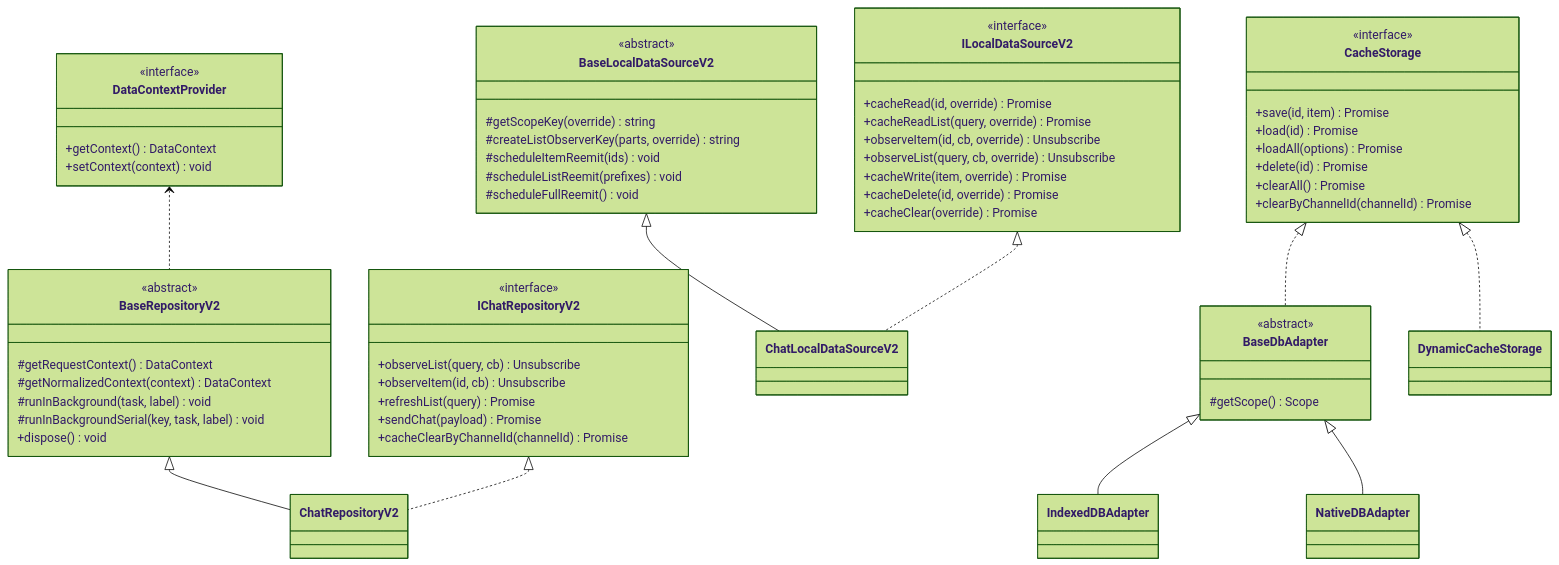
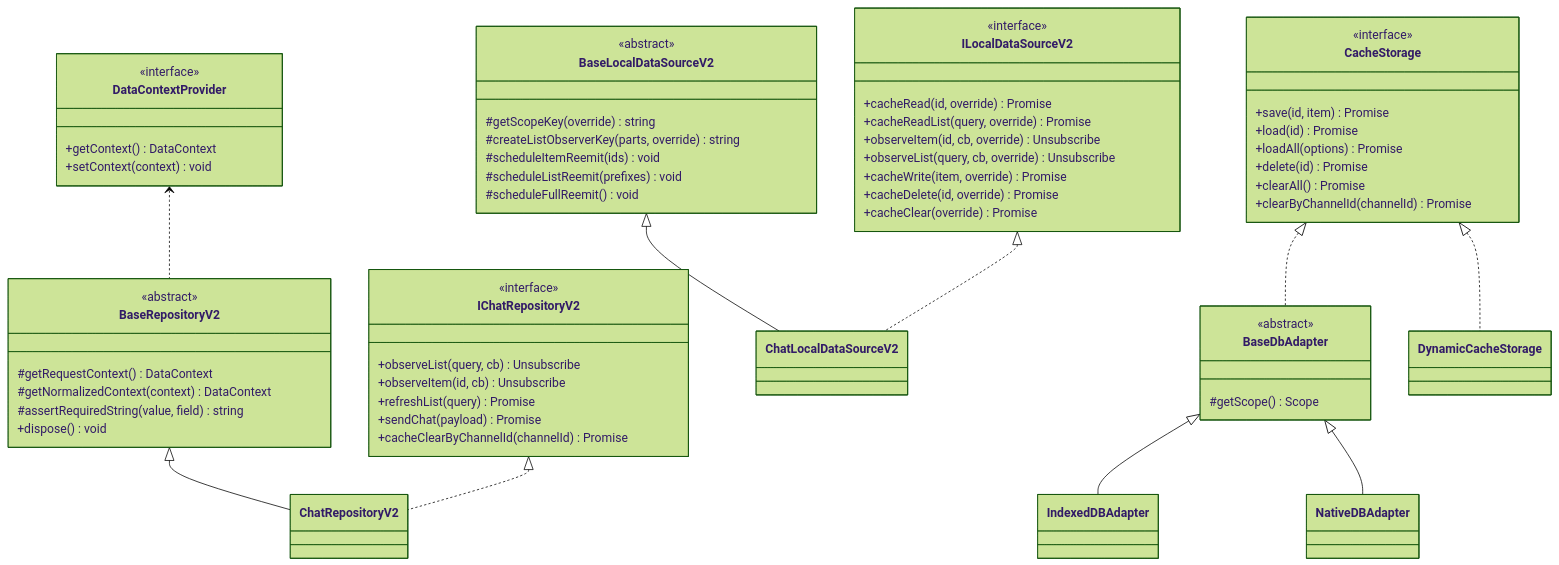
The second of 5 diagrams in libs/data/README.md (lemoncloud-io/dou-app), drawn with Mermaid (forest theme) before and after one commit. The commit also changed 6 other files, not shown here.

````diff
--- a/libs/data/README.md
+++ b/libs/data/README.md
@@ -71,77 +71,76 @@
 ```mermaid
 classDiagram
     class DataContextProvider {
         <<interface>>
         +getContext() DataContext
         +setContext(context) void
     }
 
     class BaseRepositoryV2 {
         <<abstract>>
         #getRequestContext() DataContext
         #getNormalizedContext(context) DataContext
-        #runInBackground(task, label) void
-        #runInBackgroundSerial(key, task, label) void
+        #assertRequiredString(value, field) string
         +dispose() void
     }
 
     class IChatRepositoryV2 {
         <<interface>>
         +observeList(query, cb) Unsubscribe
         +observeItem(id, cb) Unsubscribe
         +refreshList(query) Promise
         +sendChat(payload) Promise
         +cacheClearByChannelId(channelId) Promise
     }
     class ChatRepositoryV2
 
     BaseRepositoryV2 <|-- ChatRepositoryV2
     IChatRepositoryV2 <|.. ChatRepositoryV2
     DataContextProvider <.. BaseRepositoryV2
 
     class ILocalDataSourceV2 {
         <<interface>>
         +cacheRead(id, override) Promise
         +cacheReadList(query, override) Promise
         +observeItem(id, cb, override) Unsubscribe
         +observeList(query, cb, override) Unsubscribe
         +cacheWrite(item, override) Promise
         +cacheDelete(id, override) Promise
         +cacheClear(override) Promise
     }
 
     class BaseLocalDataSourceV2 {
         <<abstract>>
         #getScopeKey(override) string
         #createListObserverKey(parts, override) string
         #scheduleItemReemit(ids) void
         #scheduleListReemit(prefixes) void
         #scheduleFullReemit() void
     }
     class ChatLocalDataSourceV2
 
     BaseLocalDataSourceV2 <|-- ChatLocalDataSourceV2
     ILocalDataSourceV2 <|.. ChatLocalDataSourceV2
 
     class CacheStorage {
         <<interface>>
         +save(id, item) Promise
         +load(id) Promise
         +loadAll(options) Promise
         +delete(id) Promise
         +clearAll() Promise
         +clearByChannelId(channelId) Promise
     }
     class BaseDbAdapter {
         <<abstract>>
         #getScope() Scope
     }
     class IndexedDBAdapter
     class NativeDBAdapter
     class DynamicCacheStorage
 
     CacheStorage <|.. BaseDbAdapter
     BaseDbAdapter <|-- IndexedDBAdapter
     BaseDbAdapter <|-- NativeDBAdapter
     CacheStorage <|.. DynamicCacheStorage
 ```
````
